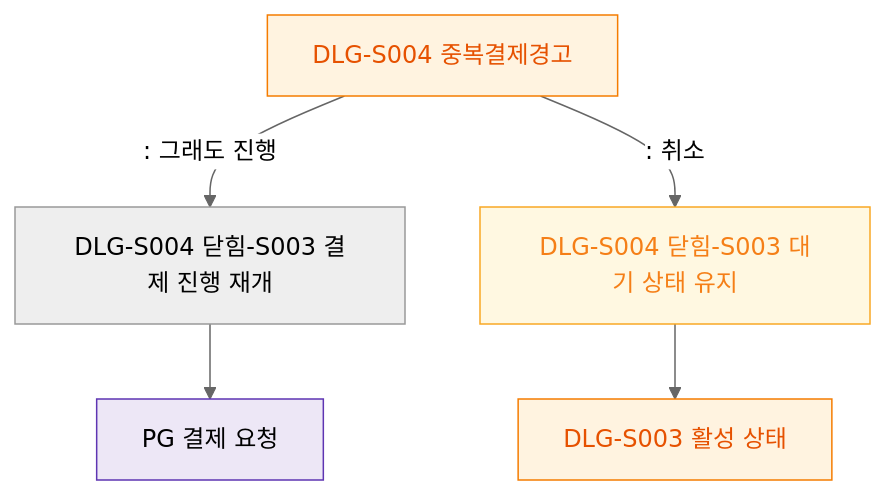
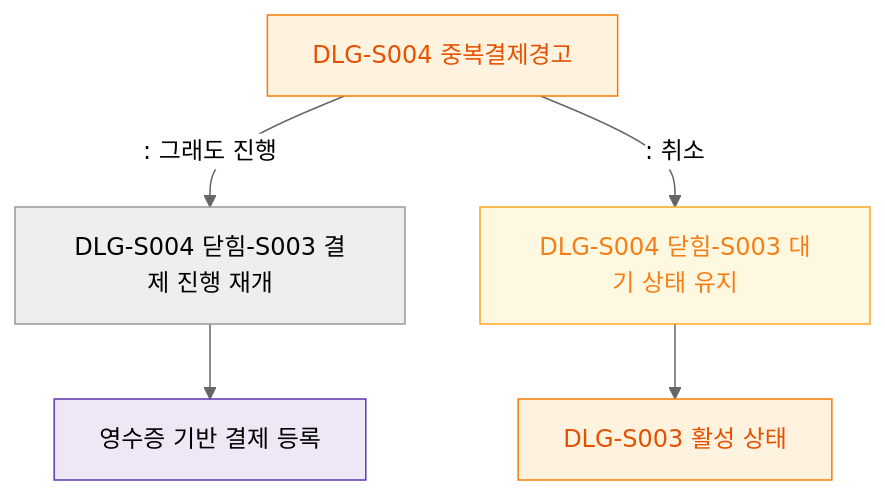
Before and after one commit to dev-spogym/admin-pando: the diagram in docs/admin/다이어그램/D03_매출관리/DLG-S004_중복결제경고/M3_결과분기.md, drawn with Mermaid (neutral theme). The commit also changed other lines of this file and 189 other files, not shown here.

````diff
--- a/docs/admin/다이어그램/D03_매출관리/DLG-S004_중복결제경고/M3_결과분기.md
+++ b/docs/admin/다이어그램/D03_매출관리/DLG-S004_중복결제경고/M3_결과분기.md
@@ -18,16 +18,16 @@
 ```mermaid
 flowchart TD
     DLG_S004[DLG-S004 중복결제경고] -->|": 그래도 진행"|PROCEED_RESULT[DLG-S004 닫힘-S003 결제 진행 재개]
     DLG_S004 -->|": 취소"|CANCEL_RESULT[DLG-S004 닫힘-S003 대기 상태 유지]
 
-    PROCEED_RESULT --> PG_REQ[PG 결제 요청]
+    PROCEED_RESULT --> REGISTER[영수증 기반 결제 등록]
     CANCEL_RESULT --> BACK_DLG003[DLG-S003 활성 상태]
 
     classDef modal fill:#FFF3E0,stroke:#F57C00,color:#E65100
     classDef system fill:#EDE7F6,stroke:#5E35B2
     classDef warning fill:#FFF8E1,stroke:#F9A825,color:#F57F17
 
     class DLG_S004,BACK_DLG003 modal
-    class PG_REQ system
+    class REGISTER system
     class CANCEL_RESULT warning
 ```
````
